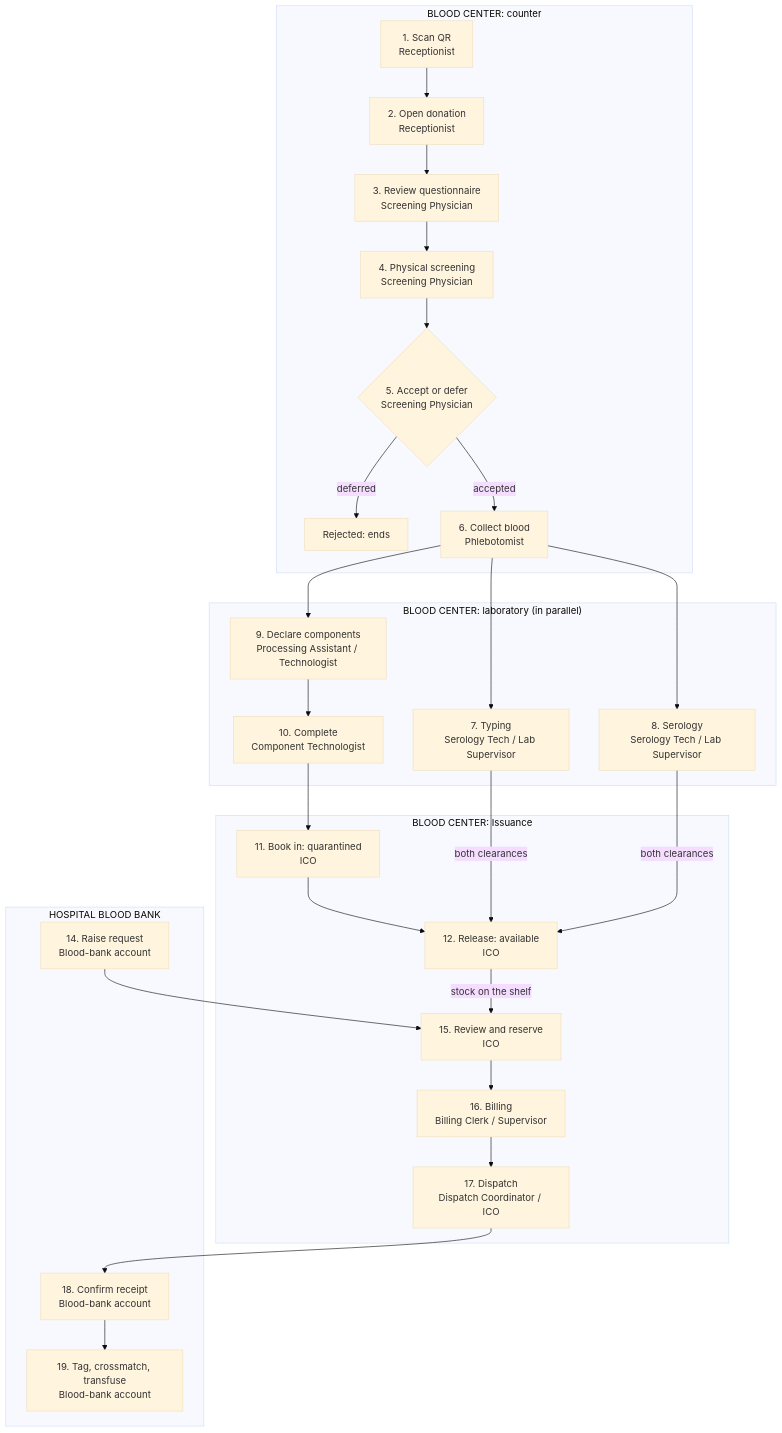
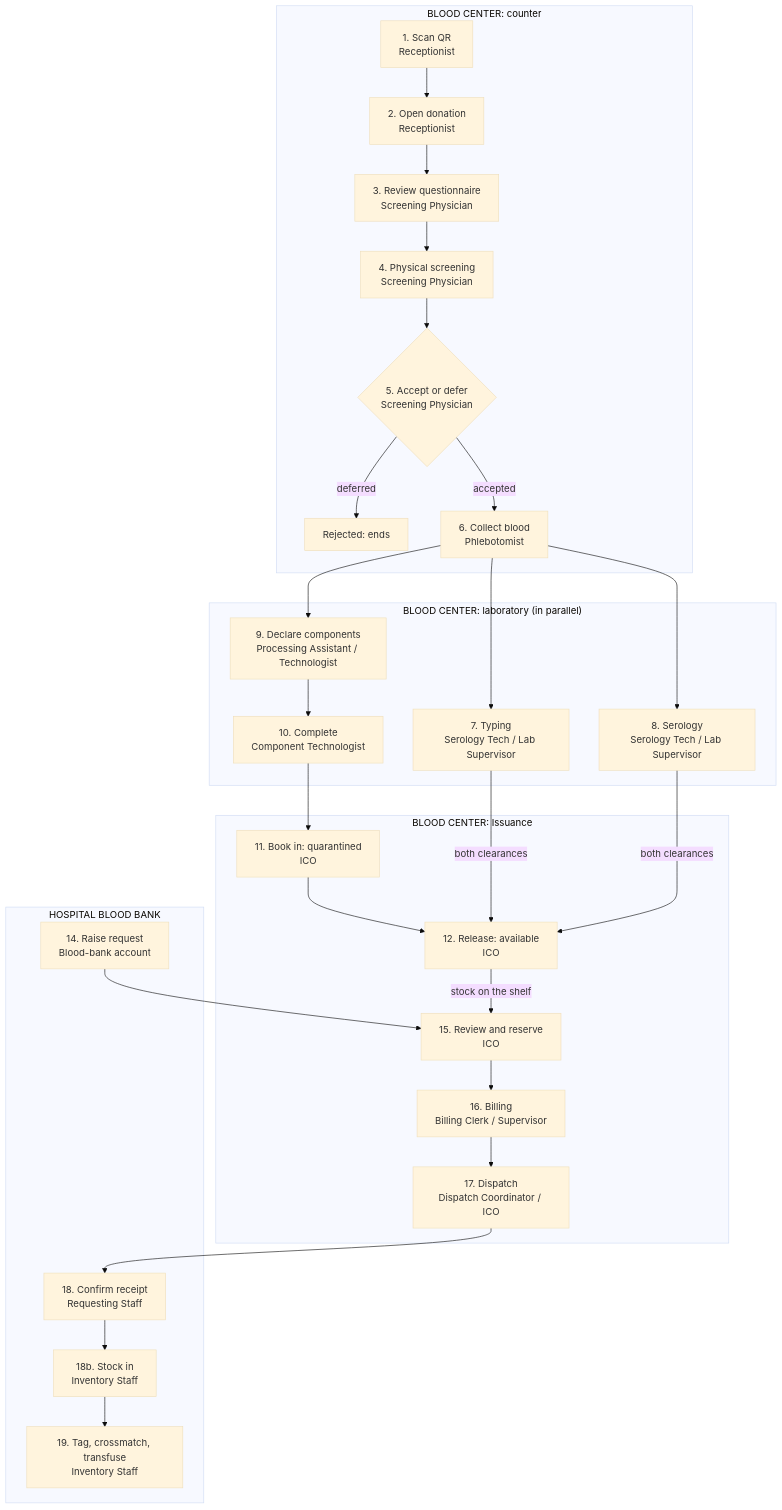
The diagram in docs/OPERATIONAL-LIFECYCLE.md (REDAGOS-DEV/RedAgos_server), drawn with Mermaid (base theme) before and after one commit. The commit also changed other lines of this file and 39 other files, not shown here.

````diff
--- a/docs/OPERATIONAL-LIFECYCLE.md
+++ b/docs/OPERATIONAL-LIFECYCLE.md
@@ -63,35 +65,35 @@
 ```mermaid
 flowchart TD
     subgraph CTR["BLOOD CENTER: counter"]
         S1["1. Scan QR<br/>Receptionist"] --> S2["2. Open donation<br/>Receptionist"]
         S2 --> S3["3. Review questionnaire<br/>Screening Physician"]
         S3 --> S4["4. Physical screening<br/>Screening Physician"]
         S4 --> S5{"5. Accept or defer<br/>Screening Physician"}
         S5 -->|deferred| X["Rejected: ends"]
         S5 -->|accepted| S6["6. Collect blood<br/>Phlebotomist"]
     end
     subgraph LAB["BLOOD CENTER: laboratory (in parallel)"]
         S7["7. Typing<br/>Serology Tech / Lab Supervisor"]
         S8["8. Serology<br/>Serology Tech / Lab Supervisor"]
         S9["9. Declare components<br/>Processing Assistant / Technologist"] --> S10["10. Complete<br/>Component Technologist"]
     end
     subgraph ISS["BLOOD CENTER: Issuance"]
         S11["11. Book in: quarantined<br/>ICO"]
         S12["12. Release: available<br/>ICO"]
         S15["15. Review and reserve<br/>ICO"]
         S16["16. Billing<br/>Billing Clerk / Supervisor"]
         S17["17. Dispatch<br/>Dispatch Coordinator / ICO"]
         S11 --> S12
         S15 --> S16 --> S17
     end
     subgraph BB["HOSPITAL BLOOD BANK"]
         S14["14. Raise request<br/>Blood-bank account"]
-        S18["18. Confirm receipt<br/>Blood-bank account"] --> S19["19. Tag, crossmatch, transfuse<br/>Blood-bank account"]
+        S18["18. Confirm receipt<br/>Requesting Staff"] --> S18b["18b. Stock in<br/>Inventory Staff"] --> S19["19. Tag, crossmatch, transfuse<br/>Inventory Staff"]
     end
     S6 --> S7 & S8 & S9
     S10 --> S11
     S7 & S8 -->|both clearances| S12
     S12 -->|stock on the shelf| S15
     S14 --> S15
     S17 --> S18
 ```
````
